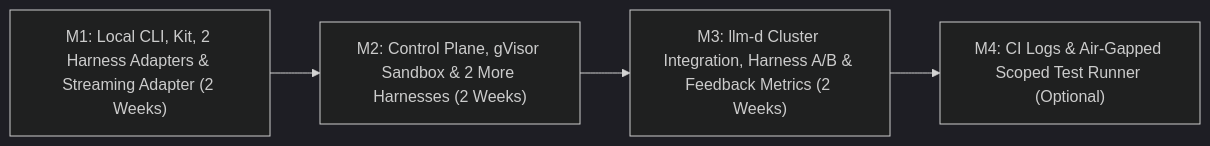
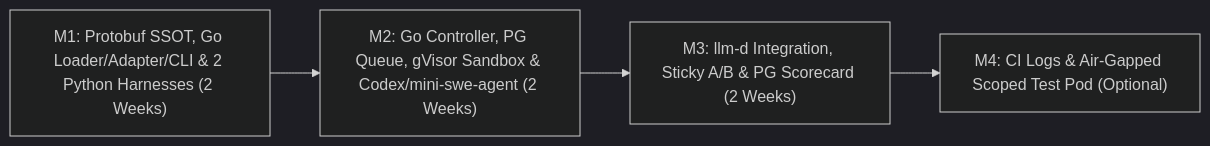
Before and after one commit to zetxqx/review-agent-infra: the seventh of 7 diagrams in docs/design/implementation-plan.md, drawn with Mermaid (dark theme). The commit also changed other lines of this file and 12 other files, not shown here.

Commit message:
Define Protobuf single-source-of-truth contracts with Go control-plane infrastructure and Python off-the-shelf harness adapters.

````diff
--- a/docs/design/implementation-plan.md
+++ b/docs/design/implementation-plan.md
@@ -2172,6 +2793,6 @@
 ```mermaid
 flowchart LR
-    M1["M1: Local CLI, Kit, 2 Harness Adapters & Streaming Adapter (2 Weeks)"] --> M2["M2: Control Plane, gVisor Sandbox & 2 More Harnesses (2 Weeks)"]
-    M2 --> M3["M3: llm-d Cluster Integration, Harness A/B & Feedback Metrics (2 Weeks)"]
-    M3 --> M4["M4: CI Logs & Air-Gapped Scoped Test Runner (Optional)"]
+    M1["M1: Protobuf SSOT, Go Loader/Adapter/CLI & 2 Python Harnesses (2 Weeks)"] --> M2["M2: Go Controller, PG Queue, gVisor Sandbox & Codex/mini-swe-agent (2 Weeks)"]
+    M2 --> M3["M3: llm-d Integration, Sticky A/B & PG Scorecard (2 Weeks)"]
+    M3 --> M4["M4: CI Logs & Air-Gapped Scoped Test Pod (Optional)"]
 ```
````
